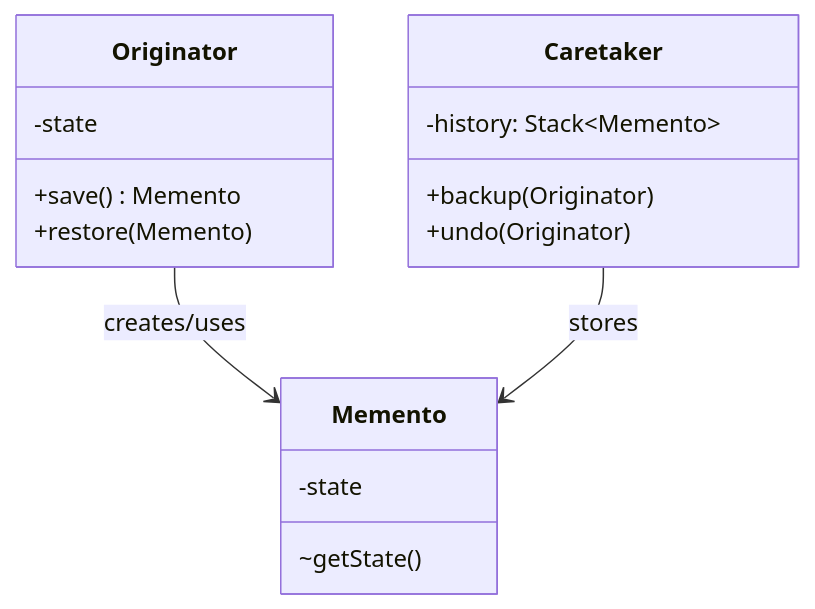
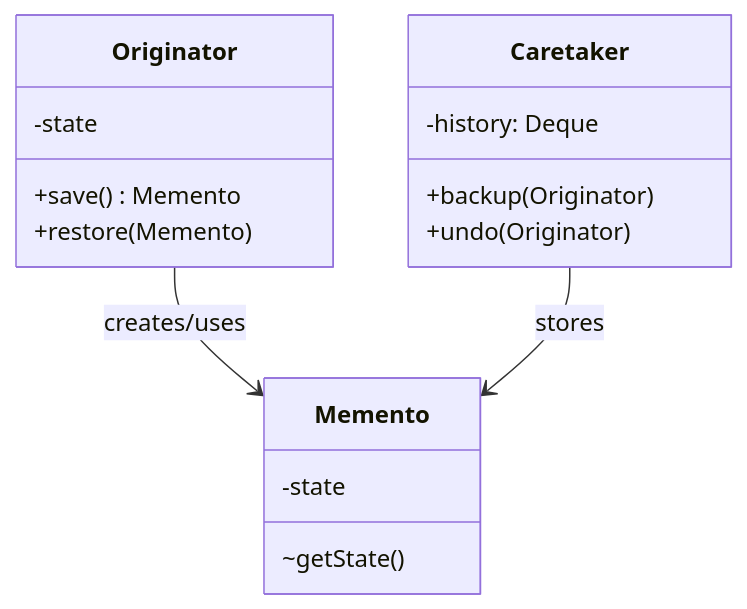
The third of 6 diagrams in docs/08.编程/03.巧学设计模式/20.备忘录模式设计思想.md (chongyang211/YCBookBlog), drawn with Mermaid before and after one commit. The commit also changed other lines of this file and 13 other files, not shown here.

````diff
--- a/docs/08.编程/03.巧学设计模式/20.备忘录模式设计思想.md
+++ b/docs/08.编程/03.巧学设计模式/20.备忘录模式设计思想.md
@@ -217,19 +349,19 @@
 ```mermaid
 classDiagram
     class Originator {
         -state
         +save() Memento
         +restore(Memento)
     }
     class Memento {
         -state
         ~getState()
     }
     class Caretaker {
-        -history: Stack~Memento~
+        -history: Deque
         +backup(Originator)
         +undo(Originator)
     }
     Originator --> Memento : creates/uses
     Caretaker --> Memento : stores
 ```
````
